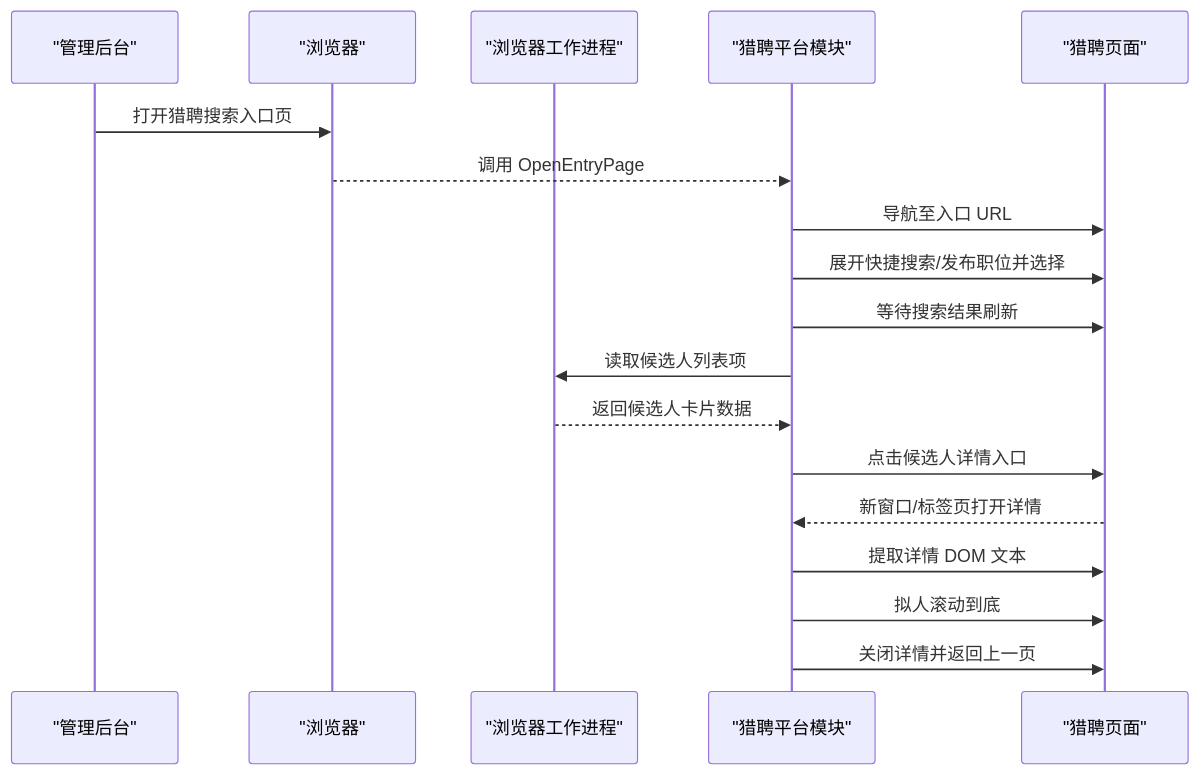
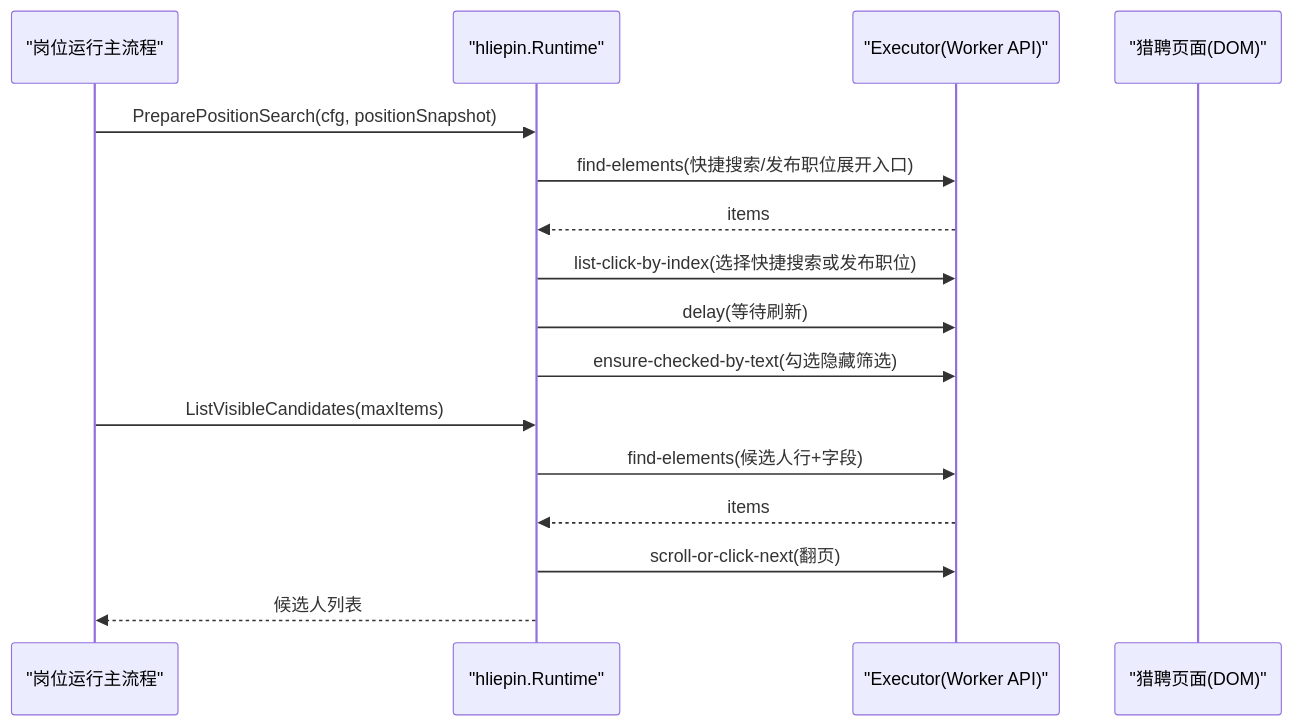
Before and after one commit to alvinwangzi/goodhr: the second of 6 diagrams in .qoder/repowiki/zh/content/本地执行器/平台适配器/猎聘适配器/搜索功能.md, drawn with Mermaid. The commit also changed other lines of this file and 149 other files, not shown here.

````diff
--- a/.qoder/repowiki/zh/content/本地执行器/平台适配器/猎聘适配器/搜索功能.md
+++ b/.qoder/repowiki/zh/content/本地执行器/平台适配器/猎聘适配器/搜索功能.md
@@ -101,20 +115,18 @@
 ```mermaid
 sequenceDiagram
-participant Admin as "管理后台"
-participant Browser as "浏览器"
-participant Worker as "浏览器工作进程"
-participant HLP as "猎聘平台模块"
-participant Page as "猎聘页面"
-Admin->>Browser : 打开猎聘搜索入口页
-Browser-->>HLP : 调用 OpenEntryPage
-HLP->>Page : 导航至入口 URL
-HLP->>Page : 展开快捷搜索/发布职位并选择
-HLP->>Page : 等待搜索结果刷新
-HLP->>Worker : 读取候选人列表项
-Worker-->>HLP : 返回候选人卡片数据
-HLP->>Page : 点击候选人详情入口
-Page-->>HLP : 新窗口/标签页打开详情
-HLP->>Page : 提取详情 DOM 文本
-HLP->>Page : 拟人滚动到底
-HLP->>Page : 关闭详情并返回上一页
+participant Runner as "岗位运行主流程"
+participant HLR as "hliepin.Runtime"
+participant Exec as "Executor(Worker API)"
+participant Page as "猎聘页面(DOM)"
+Runner->>HLR : PreparePositionSearch(cfg, positionSnapshot)
+HLR->>Exec : find-elements(快捷搜索/发布职位展开入口)
+Exec-->>HLR : items
+HLR->>Exec : list-click-by-index(选择快捷搜索或发布职位)
+HLR->>Exec : delay(等待刷新)
+HLR->>Exec : ensure-checked-by-text(勾选隐藏筛选)
+Runner->>HLR : ListVisibleCandidates(maxItems)
+HLR->>Exec : find-elements(候选人行+字段)
+Exec-->>HLR : items
+HLR->>Exec : scroll-or-click-next(翻页)
+HLR-->>Runner : 候选人列表
 ```
````
